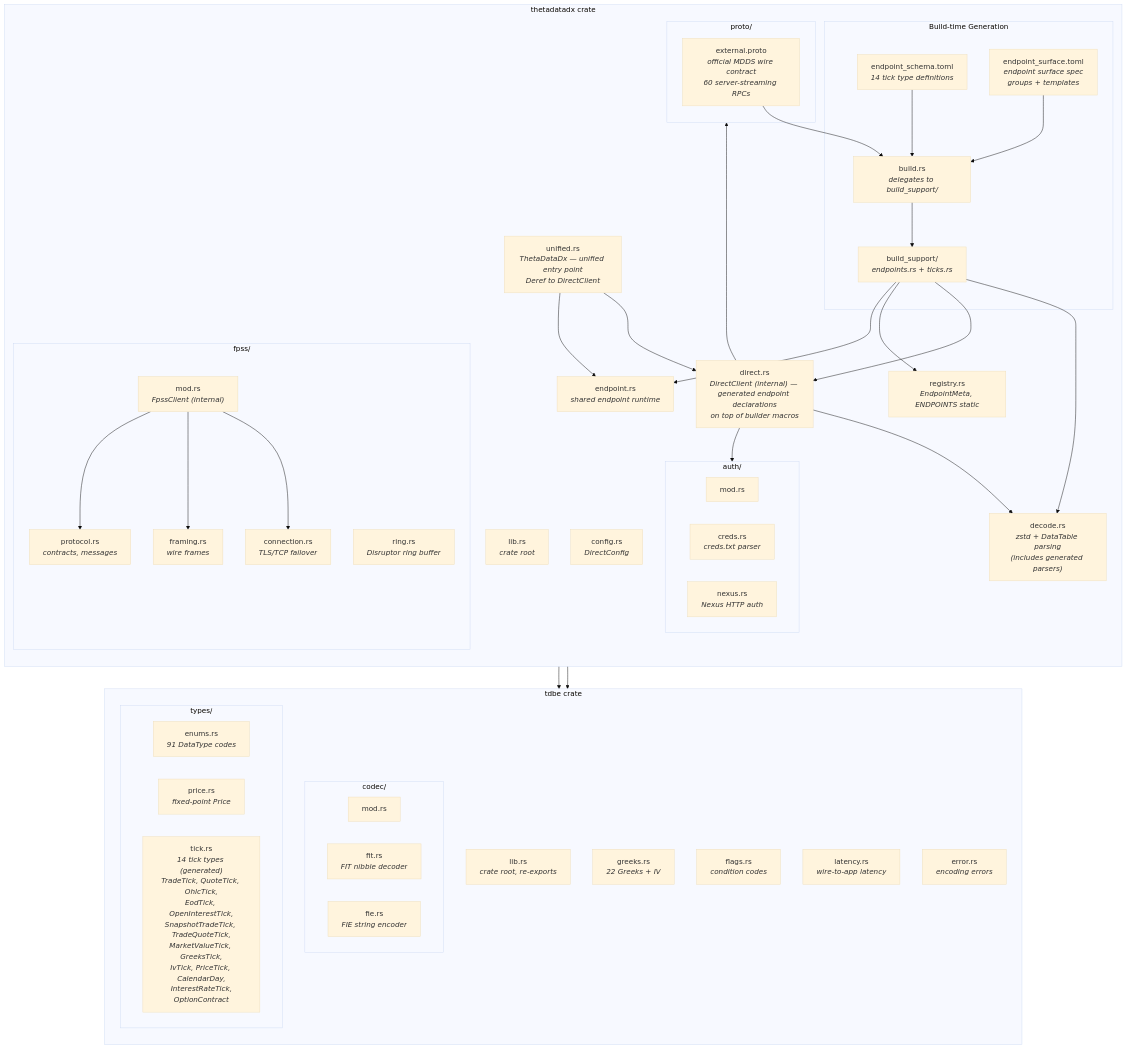
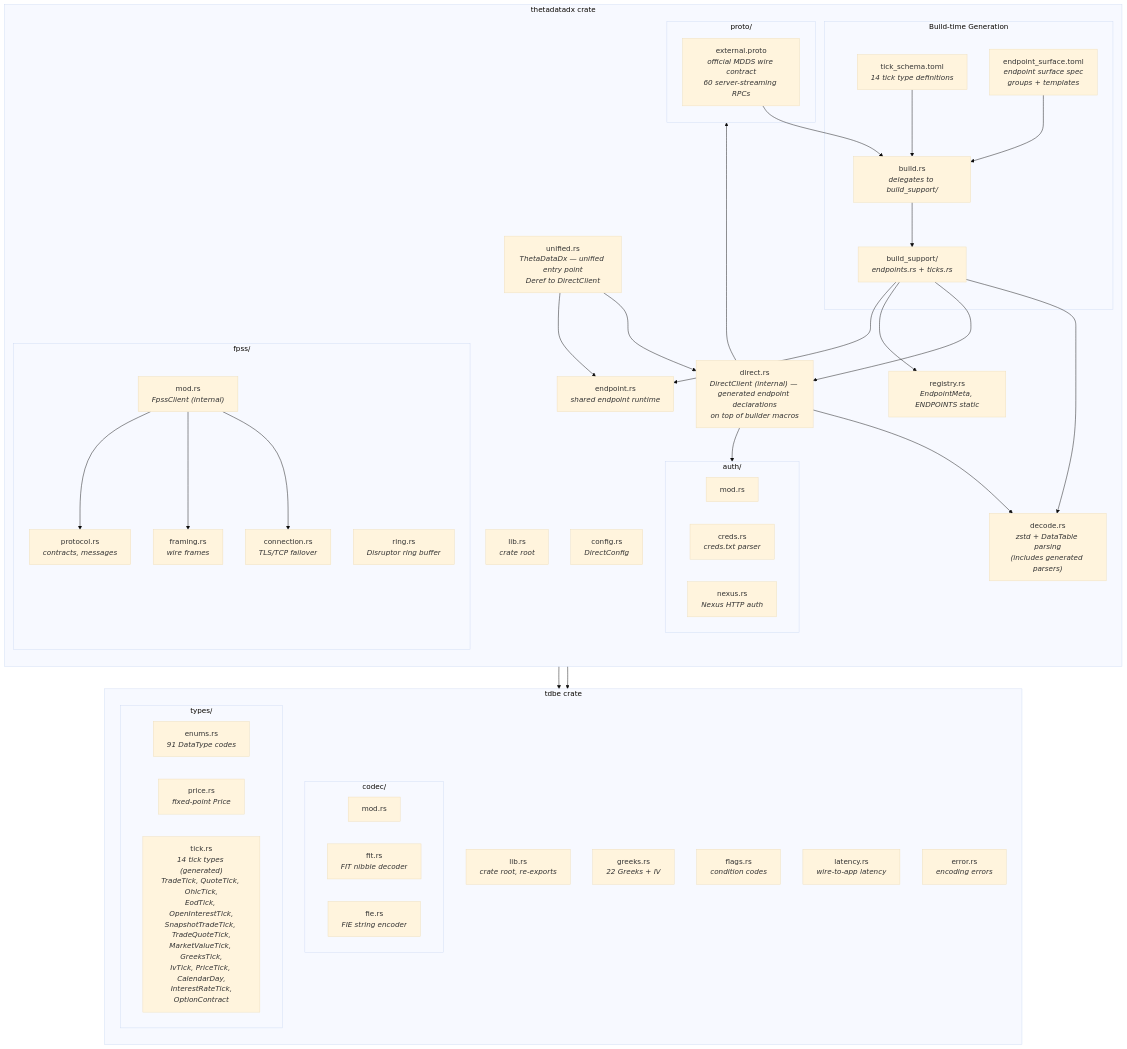
One commit to userFRM/ThetaDataDx changed diagram 15 of 15 in docs/architecture.md. Above: the diagram before and after it, drawn with Mermaid (base theme). The commit also changed other lines of this file and 15 other files, not shown here.

First line of the commit message:
fix(build): parse TOML+proto once, add EndpointError impls, rename tick schema (#230)

````diff
--- a/docs/architecture.md
+++ b/docs/architecture.md
@@ -491,80 +491,80 @@
 ```mermaid
 graph TD
     subgraph "tdbe crate"
         direction TB
         TDBE_LIB["lib.rs<br/><i>crate root, re-exports</i>"]
 
         subgraph tdbe_codec["codec/"]
             C_MOD["mod.rs"]
             C_FIT["fit.rs<br/><i>FIT nibble decoder</i>"]
             C_FIE["fie.rs<br/><i>FIE string encoder</i>"]
         end
 
         subgraph tdbe_types["types/"]
             T_ENUM["enums.rs<br/><i>91 DataType codes</i>"]
             T_PRICE["price.rs<br/><i>fixed-point Price</i>"]
             T_TICK["tick.rs<br/><i>14 tick types (generated)<br/>TradeTick, QuoteTick, OhlcTick,<br/>EodTick, OpenInterestTick,<br/>SnapshotTradeTick, TradeQuoteTick,<br/>MarketValueTick, GreeksTick,<br/>IvTick, PriceTick, CalendarDay,<br/>InterestRateTick,<br/>OptionContract</i>"]
         end
 
         TDBE_GREEKS["greeks.rs<br/><i>22 Greeks + IV</i>"]
         TDBE_FLAGS["flags.rs<br/><i>condition codes</i>"]
         TDBE_LATENCY["latency.rs<br/><i>wire-to-app latency</i>"]
         TDBE_ERROR["error.rs<br/><i>encoding errors</i>"]
     end
 
     subgraph "thetadatadx crate"
         direction TB
         LIB["lib.rs<br/><i>crate root</i>"]
 
         subgraph auth["auth/"]
             A_MOD["mod.rs"]
             A_CREDS["creds.rs<br/><i>creds.txt parser</i>"]
             A_NEXUS["nexus.rs<br/><i>Nexus HTTP auth</i>"]
         end
 
         subgraph fpss["fpss/"]
             F_MOD["mod.rs<br/><i>FpssClient (internal)</i>"]
             F_CONN["connection.rs<br/><i>TLS/TCP failover</i>"]
             F_FRAME["framing.rs<br/><i>wire frames</i>"]
             F_PROTO["protocol.rs<br/><i>contracts, messages</i>"]
             F_RING["ring.rs<br/><i>Disruptor ring buffer</i>"]
         end
 
         UNIFIED["unified.rs<br/><i>ThetaDataDx — unified entry point<br/>Deref to DirectClient</i>"]
         DIRECT["direct.rs<br/><i>DirectClient (internal) — generated endpoint declarations<br/>on top of builder macros</i>"]
         ENDPOINT_RT["endpoint.rs<br/><i>shared endpoint runtime</i>"]
         CONFIG["config.rs<br/><i>DirectConfig</i>"]
         DECODE["decode.rs<br/><i>zstd + DataTable parsing<br/>(includes generated parsers)</i>"]
         REGISTRY["registry.rs<br/><i>EndpointMeta, ENDPOINTS static</i>"]
 
         subgraph codegen["Build-time Generation"]
-            SCHEMA["endpoint_schema.toml<br/><i>14 tick type definitions</i>"]
+            SCHEMA["tick_schema.toml<br/><i>14 tick type definitions</i>"]
             SURFACE["endpoint_surface.toml<br/><i>endpoint surface spec<br/>groups + templates</i>"]
             BUILD["build.rs<br/><i>delegates to build_support/</i>"]
             SUPPORT["build_support/<br/><i>endpoints.rs + ticks.rs</i>"]
         end
 
         subgraph proto["proto/"]
             P_EXT["external.proto<br/><i>official MDDS wire contract<br/>60 server-streaming RPCs</i>"]
         end
     end
 
     LIB --> TDBE_LIB
     UNIFIED --> DIRECT
     UNIFIED --> ENDPOINT_RT
     DIRECT --> auth
     DIRECT --> DECODE
     DIRECT --> proto
     SCHEMA --> BUILD
     SURFACE --> BUILD
     P_EXT --> BUILD
     BUILD --> SUPPORT
     SUPPORT --> DECODE
     SUPPORT --> DIRECT
     SUPPORT --> REGISTRY
     SUPPORT --> ENDPOINT_RT
     F_MOD --> tdbe_codec
     F_MOD --> F_CONN
     F_MOD --> F_FRAME
     F_MOD --> F_PROTO
 ```
````
